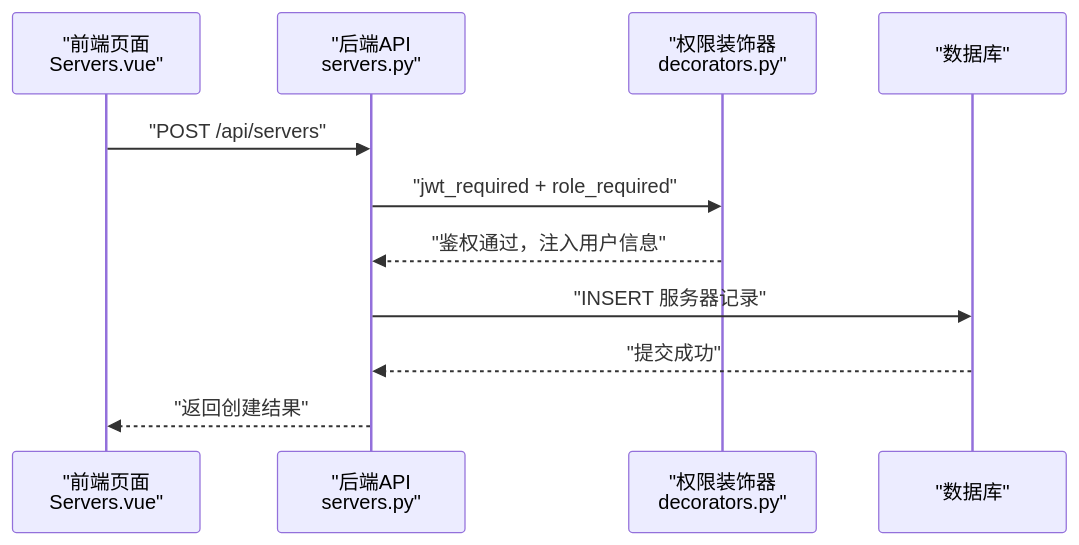
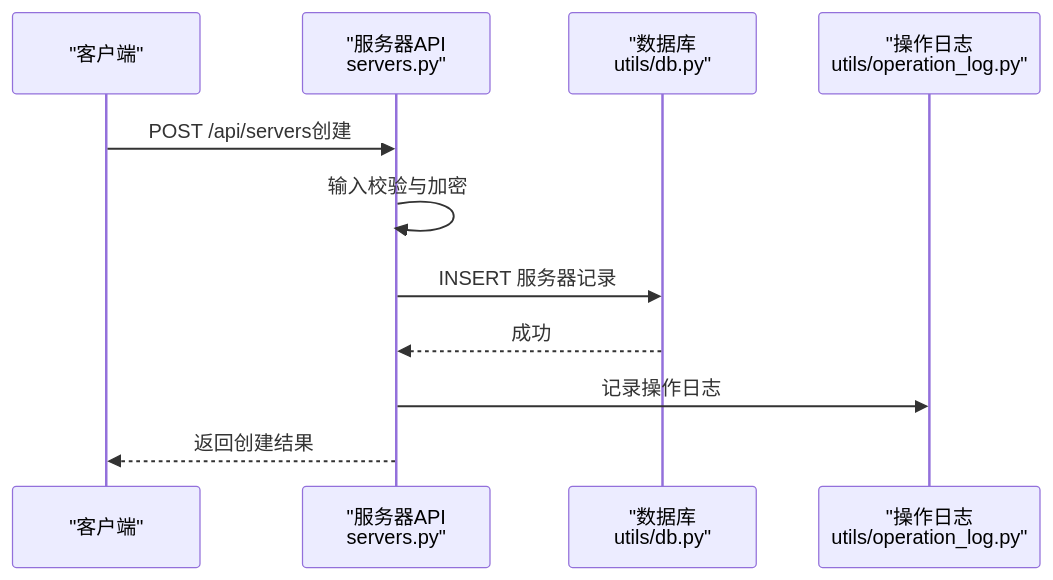
One commit to ismine3/OPS changed the third of 5 diagrams in .qoder/repowiki/zh/content/项目概述/项目概述.md. Above: the diagram before and after it, drawn with Mermaid. The commit also changed other lines of this file and 157 other files, not shown here.

````diff
--- a/.qoder/repowiki/zh/content/项目概述/项目概述.md
+++ b/.qoder/repowiki/zh/content/项目概述/项目概述.md
@@ -152,13 +149,13 @@
 ```mermaid
 sequenceDiagram
-participant FE as "前端页面<br/>Servers.vue"
-participant API as "后端API<br/>servers.py"
-participant DEC as "权限装饰器<br/>decorators.py"
-participant DB as "数据库"
-FE->>API : "POST /api/servers"
-API->>DEC : "jwt_required + role_required"
-DEC-->>API : "鉴权通过，注入用户信息"
-API->>DB : "INSERT 服务器记录"
-DB-->>API : "提交成功"
-API-->>FE : "返回创建结果"
+participant C as "客户端"
+participant A as "服务器API<br/>servers.py"
+participant D as "数据库<br/>utils/db.py"
+participant L as "操作日志<br/>utils/operation_log.py"
+C->>A : POST /api/servers创建
+A->>A : 输入校验与加密
+A->>D : INSERT 服务器记录
+D-->>A : 成功
+A->>L : 记录操作日志
+A-->>C : 返回创建结果
 ```
````
